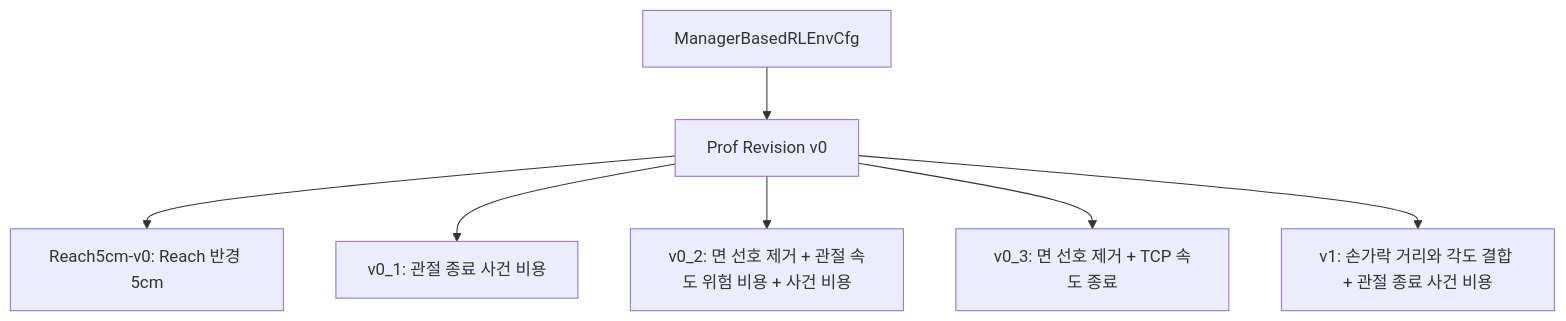
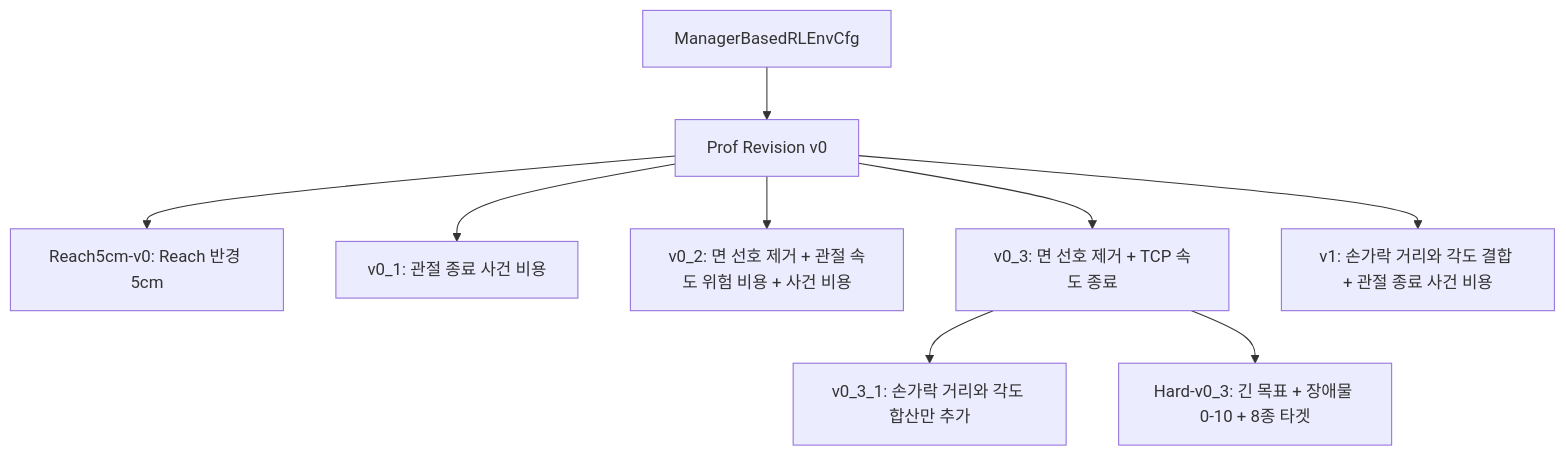
One commit to 7cmdehdrb/Contact-Rich-Manipulation-Context changed the first of 2 diagrams in 02_implementation/environments/PROF_REVISION_FAMILY.md. Above: the diagram before and after it, drawn with Mermaid. The commit also changed other lines of this file and 8 other files, not shown here.

````diff
--- a/02_implementation/environments/PROF_REVISION_FAMILY.md
+++ b/02_implementation/environments/PROF_REVISION_FAMILY.md
@@ -27,9 +29,11 @@
 ```mermaid
 flowchart TD
     M[ManagerBasedRLEnvCfg] --> B[Prof Revision v0]
     B --> R[Reach5cm-v0: Reach 반경 5cm]
     B --> A[v0_1: 관절 종료 사건 비용]
     B --> C[v0_2: 면 선호 제거 + 관절 속도 위험 비용 + 사건 비용]
     B --> D[v0_3: 면 선호 제거 + TCP 속도 종료]
+    D --> F[v0_3_1: 손가락 거리와 각도 합산만 추가]
+    D --> H[Hard-v0_3: 긴 목표 + 장애물 0-10 + 8종 타겟]
     B --> E[v1: 손가락 거리와 각도 결합 + 관절 종료 사건 비용]
 ```
````
